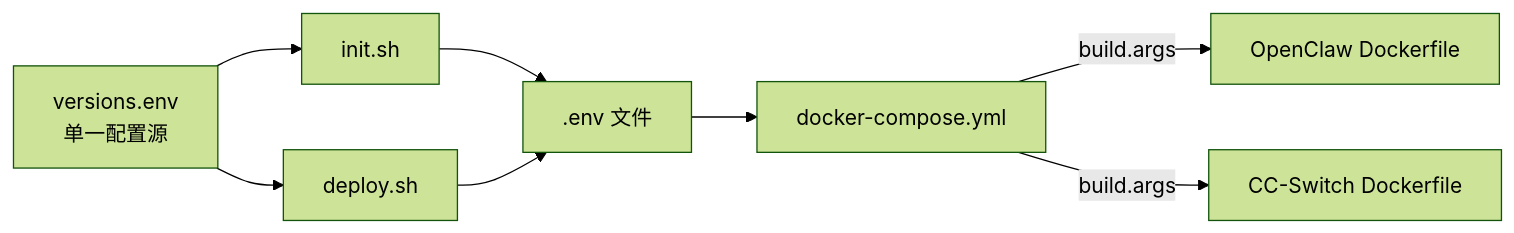
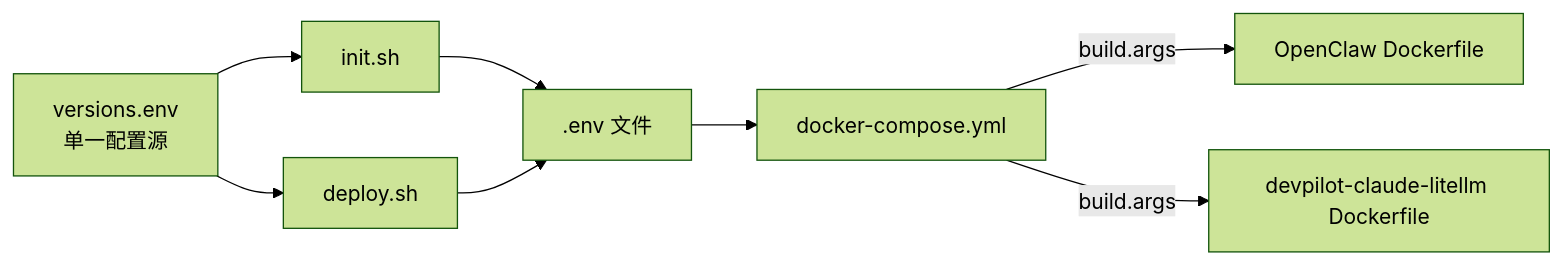
The eighth of 14 diagrams in 产品架构技术设计说明书.md (smart-open/DevPilot), drawn with Mermaid (forest theme) before and after one commit. The commit also changed other lines of this file and 22 other files, not shown here.

````diff
--- a/产品架构技术设计说明书.md
+++ b/产品架构技术设计说明书.md
@@ -706,10 +706,10 @@
 ```mermaid
 graph LR
     VE[versions.env<br/>单一配置源] --> IS[init.sh]
     IS --> ENV[.env 文件]
     ENV --> DC[docker-compose.yml]
     DC -->|build.args| DF1[OpenClaw Dockerfile]
-    DC -->|build.args| DF2[CC-Switch Dockerfile]
+    DC -->|build.args| DF2[devpilot-claude-litellm Dockerfile]
     VE --> IS2[deploy.sh]
     IS2 --> ENV
 ```
````
